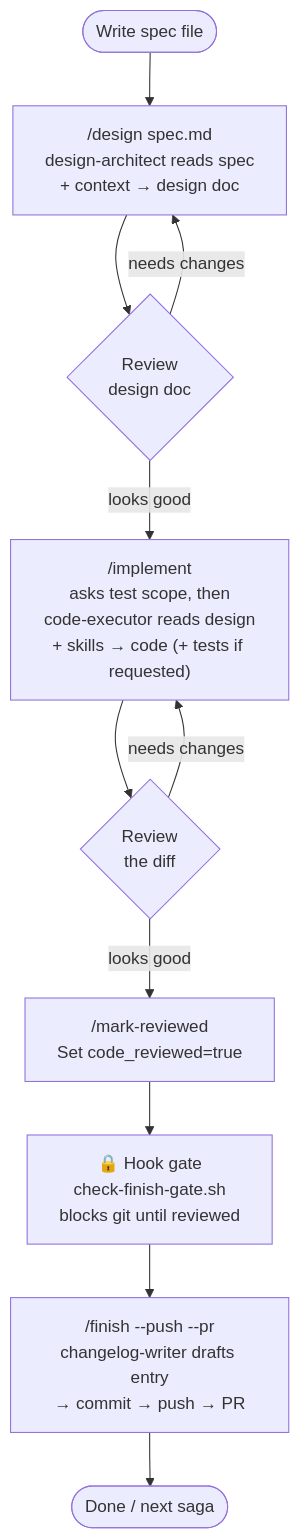
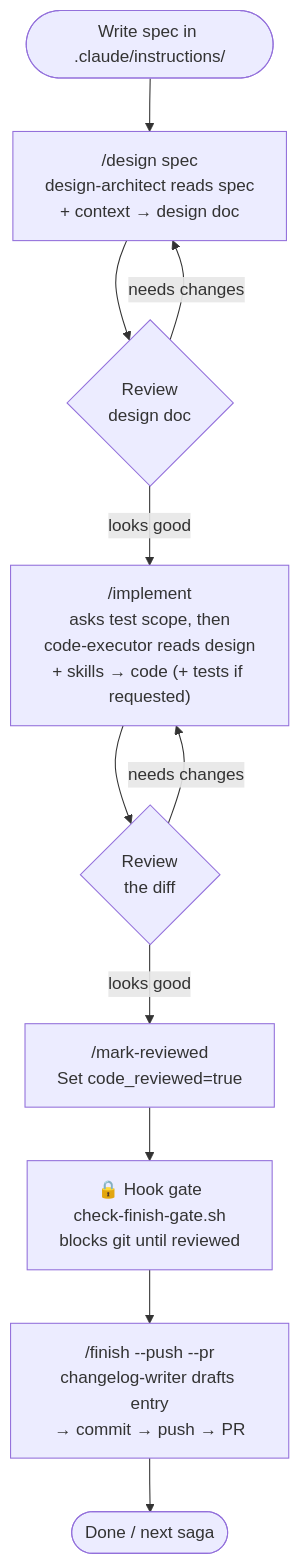
The diagram in README.md (thepipeman/saga), drawn with Mermaid before and after one commit. The commit also changed other lines of this file and 3 other files, not shown here.

````diff
--- a/README.md
+++ b/README.md
@@ -130,13 +130,13 @@
 ```mermaid
 flowchart TD
-    A([Write spec file]) --> B["/design spec.md\ndesign-architect reads spec\n+ context → design doc"]
+    A([Write spec in .claude/instructions/]) --> B["/design spec\ndesign-architect reads spec\n+ context → design doc"]
     B --> C{Review\ndesign doc}
     C -- needs changes --> B
     C -- looks good --> F["/implement\nasks test scope, then\ncode-executor reads design\n+ skills → code (+ tests if requested)"]
     F --> G{Review\nthe diff}
     G -- needs changes --> F
     G -- looks good --> H["/mark-reviewed\nSet code_reviewed=true"]
     H --> I["🔒 Hook gate\ncheck-finish-gate.sh\nblocks git until reviewed"]
     I --> J["/finish --push --pr\nchangelog-writer drafts entry\n→ commit → push → PR"]
     J --> K([Done / next saga])
 ```
````
